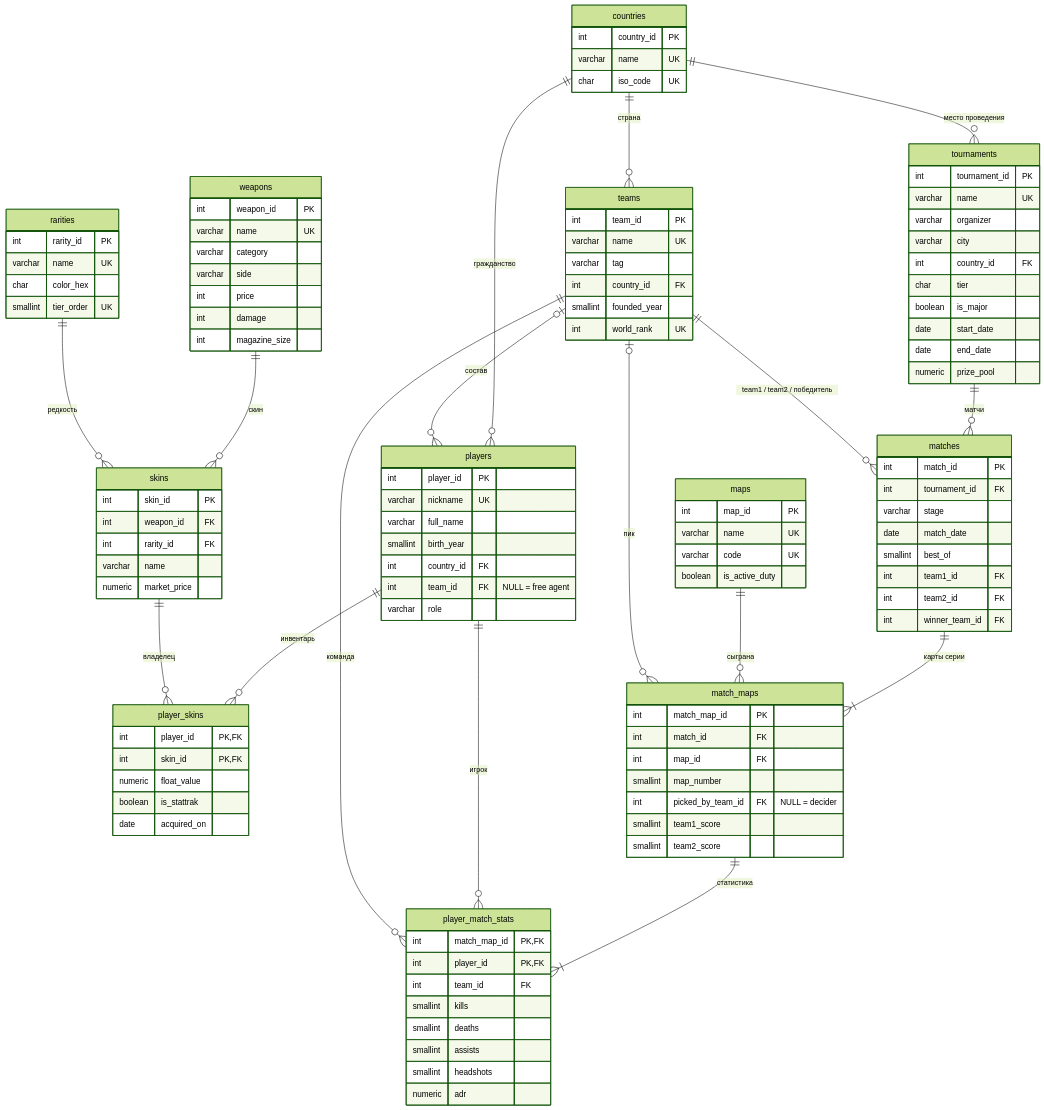
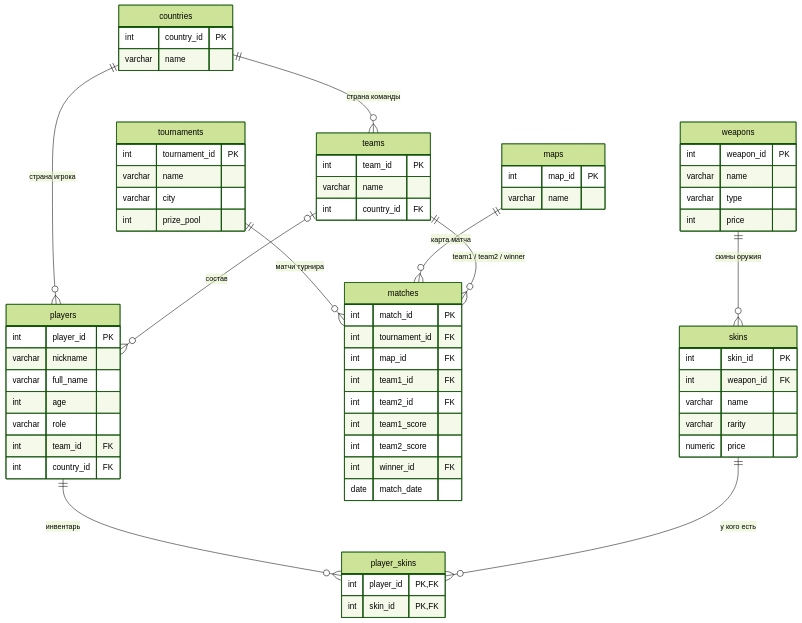
The diagram in README.md (Mister-Robot-Cat/cs2-esports-database), drawn with Mermaid (forest theme) before and after one commit. The commit also changed other lines of this file and 1 other file, not shown here.

````diff
--- a/README.md
+++ b/README.md
@@ -42,118 +37,69 @@
 ```mermaid
 erDiagram
-    countries   ||--o{ teams              : "страна"
-    countries   ||--o{ players            : "гражданство"
-    countries   ||--o{ tournaments        : "место проведения"
-    teams       |o--o{ players            : "состав"
-    weapons     ||--o{ skins              : "скин"
-    rarities    ||--o{ skins              : "редкость"
-    players     ||--o{ player_skins       : "инвентарь"
-    skins       ||--o{ player_skins       : "владелец"
-    tournaments ||--o{ matches            : "матчи"
-    teams       ||--o{ matches            : "team1 / team2 / победитель"
-    matches     ||--|{ match_maps         : "карты серии"
-    maps        ||--o{ match_maps         : "сыграна"
-    teams       |o--o{ match_maps         : "пик"
-    match_maps  ||--|{ player_match_stats : "статистика"
-    players     ||--o{ player_match_stats : "игрок"
-    teams       ||--o{ player_match_stats : "команда"
+    countries   ||--o{ teams        : "страна команды"
+    countries   ||--o{ players      : "страна игрока"
+    teams       |o--o{ players      : "состав"
+    tournaments ||--o{ matches      : "матчи турнира"
+    maps        ||--o{ matches      : "карта матча"
+    teams       ||--o{ matches      : "team1 / team2 / winner"
+    weapons     ||--o{ skins        : "скины оружия"
+    players     ||--o{ player_skins : "инвентарь"
+    skins       ||--o{ player_skins : "у кого есть"
 
     countries {
         int     country_id PK
-        varchar name UK
-        char    iso_code UK
+        varchar name
     }
     teams {
-        int      team_id PK
-        varchar  name UK
-        varchar  tag
-        int      country_id FK
-        smallint founded_year
-        int      world_rank UK
+        int     team_id PK
+        varchar name
+        int     country_id FK
     }
     players {
-        int      player_id PK
-        varchar  nickname UK
-        varchar  full_name
-        smallint birth_year
-        int      country_id FK
-        int      team_id FK "NULL = free agent"
-        varchar  role
+        int     player_id PK
+        varchar nickname
+        varchar full_name
+        int     age
+        varchar role
+        int     team_id FK
+        int     country_id FK
+    }
+    tournaments {
+        int     tournament_id PK
+        varchar name
+        varchar city
+        int     prize_pool
     }
     maps {
         int     map_id PK
-        varchar name UK
-        varchar code UK
-        boolean is_active_duty
+        varchar name
+    }
+    matches {
+        int     match_id PK
+        int     tournament_id FK
+        int     map_id FK
+        int     team1_id FK
+        int     team2_id FK
+        int     team1_score
+        int     team2_score
+        int     winner_id FK
+        date    match_date
     }
     weapons {
         int     weapon_id PK
-        varchar name UK
-        varchar category
-        varchar side
+        varchar name
+        varchar type
         int     price
-        int     damage
-        int     magazine_size
-    }
-    rarities {
-        int      rarity_id PK
-        varchar  name UK
-        char     color_hex
-        smallint tier_order UK
     }
     skins {
         int     skin_id PK
         int     weapon_id FK
-        int     rarity_id FK
         varchar name
-        numeric market_price
+        varchar rarity
+        numeric price
     }
     player_skins {
         int     player_id PK, FK
         int     skin_id PK, FK
-        numeric float_value
-        boolean is_stattrak
-        date    acquired_on
-    }
-    tournaments {
-        int     tournament_id PK
-        varchar name UK
-        varchar organizer
-        varchar city
-        int     country_id FK
-        char    tier
-        boolean is_major
-        date    start_date
-        date    end_date
-        numeric prize_pool
-    }
-    matches {
-        int      match_id PK
-        int      tournament_id FK
-        varchar  stage
-        date     match_date
-        smallint best_of
-        int      team1_id FK
-        int      team2_id FK
-        int      winner_team_id FK
-    }
-    match_maps {
-        int      match_map_id PK
-        int      match_id FK
-        int      map_id FK
-        smallint map_number
-        int      picked_by_team_id FK "NULL = decider"
-        smallint team1_score
-        smallint team2_score
-    }
-    player_match_stats {
-        int      match_map_id PK, FK
-        int      player_id PK, FK
-        int      team_id FK
-        smallint kills
-        smallint deaths
-        smallint assists
-        smallint headshots
-        numeric  adr
     }
 ```
````
